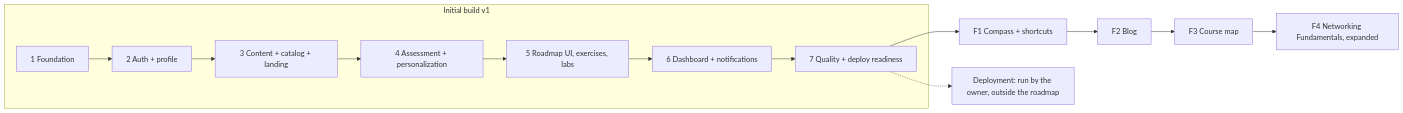
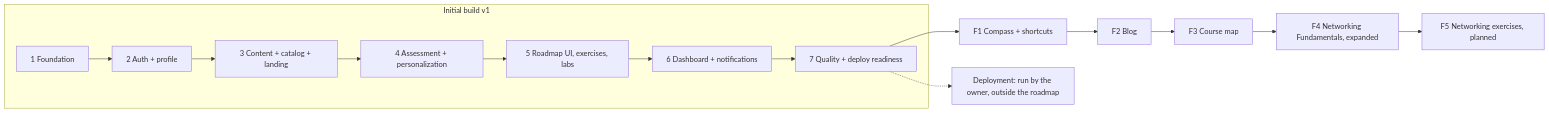
The diagram in docs/IMPLEMENTATION_ROADMAP.md (VoHieu906/Cyber-Compass), drawn with Mermaid before and after one commit. The commit also changed other lines of this file and 4 other files, not shown here.

````diff
--- a/docs/IMPLEMENTATION_ROADMAP.md
+++ b/docs/IMPLEMENTATION_ROADMAP.md
@@ -5,16 +5,17 @@
 ```mermaid
 flowchart LR
   subgraph v1[Initial build v1]
     P1[1 Foundation] --> P2[2 Auth + profile]
     P2 --> P3[3 Content + catalog + landing]
     P3 --> P4[4 Assessment + personalization]
     P4 --> P5[5 Roadmap UI, exercises, labs]
     P5 --> P6[6 Dashboard + notifications]
     P6 --> P7[7 Quality + deploy readiness]
   end
   P7 --> F1[F1 Compass + shortcuts]
   F1 --> F2[F2 Blog]
   F2 --> F3[F3 Course map]
   F3 --> F4[F4 Networking Fundamentals, expanded]
+  F4 --> F5[F5 Networking exercises, planned]
   P7 -.-> DEP[Deployment: run by the owner, outside the roadmap]
 ```
````
